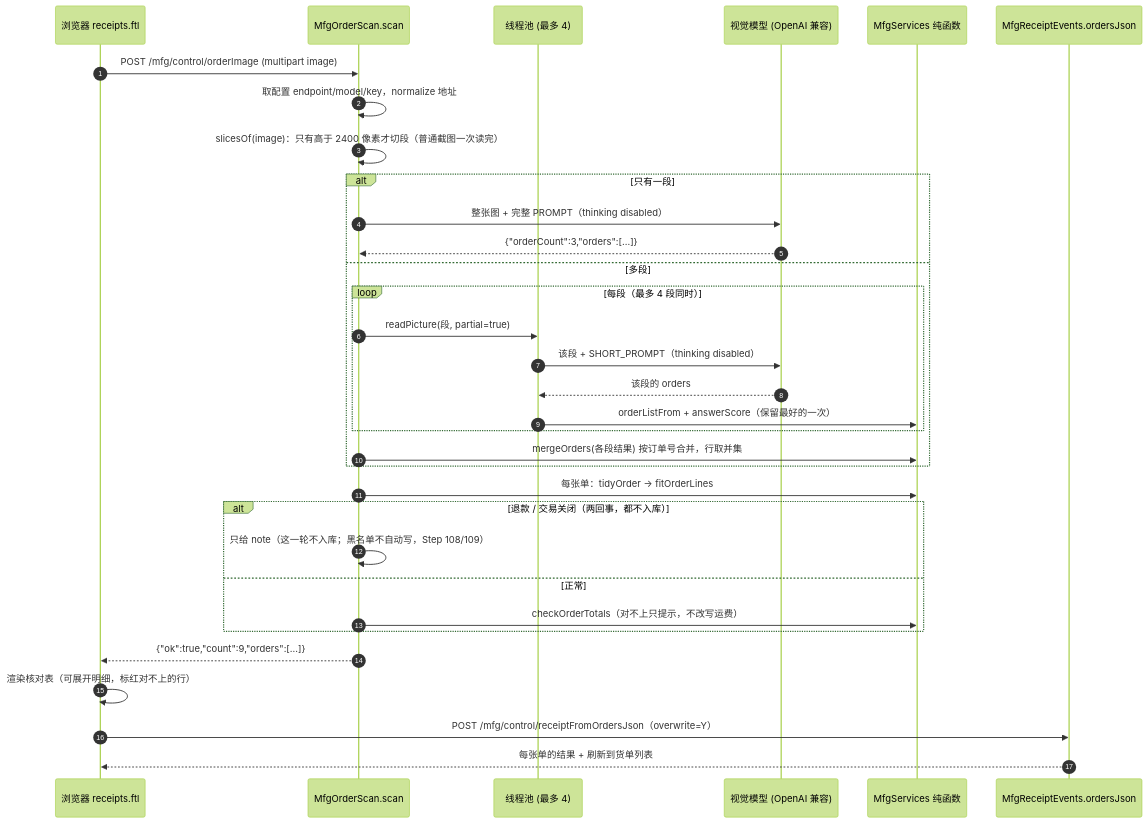
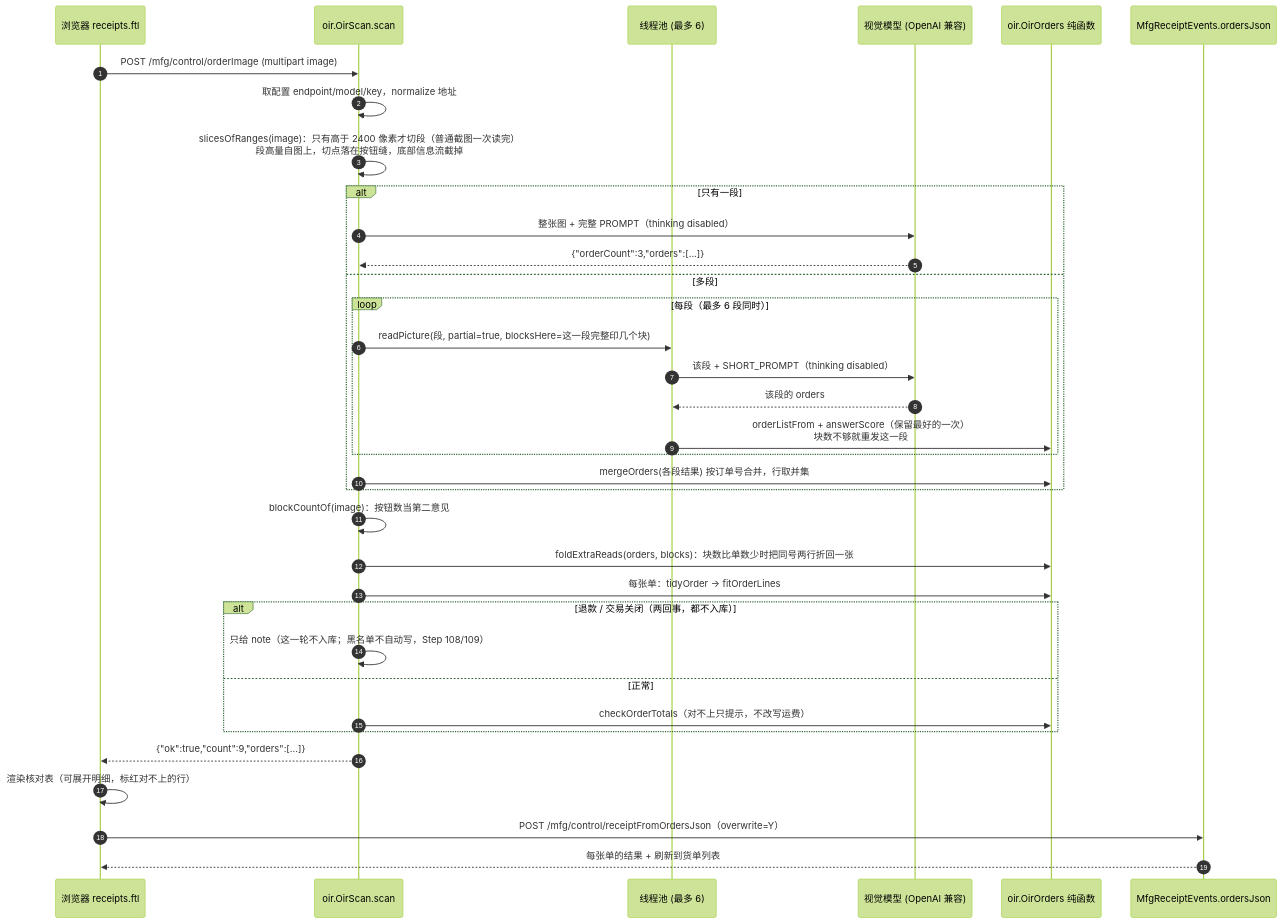
The first of 3 diagrams in langhua-ofbiz-mfg/docs/识图设计.md (shijh/langhua), drawn with Mermaid (forest theme) before and after one commit. The commit also changed other lines of this file and 3 other files, not shown here.

````diff
--- a/langhua-ofbiz-mfg/docs/识图设计.md
+++ b/langhua-ofbiz-mfg/docs/识图设计.md
@@ -79,36 +89,38 @@
 ```mermaid
 sequenceDiagram
     autonumber
     participant B as 浏览器 receipts.ftl
-    participant E as MfgOrderScan.scan
-    participant P as 线程池 (最多 4)
+    participant E as oir.OirScan.scan
+    participant P as 线程池 (最多 6)
     participant V as 视觉模型 (OpenAI 兼容)
-    participant S as MfgServices 纯函数
+    participant S as oir.OirOrders 纯函数
     participant I as MfgReceiptEvents.ordersJson
 
     B->>E: POST /mfg/control/orderImage (multipart image)
     E->>E: 取配置 endpoint/model/key，normalize 地址
-    E->>E: slicesOf(image)：只有高于 2400 像素才切段（普通截图一次读完）
+    E->>E: slicesOfRanges(image)：只有高于 2400 像素才切段（普通截图一次读完）<br/>段高量自图上，切点落在按钮缝，底部信息流截掉
     alt 只有一段
         E->>V: 整张图 + 完整 PROMPT（thinking disabled）
         V-->>E: {"orderCount":3,"orders":[...]}
     else 多段
-        loop 每段（最多 4 段同时）
-            E->>P: readPicture(段, partial=true)
+        loop 每段（最多 6 段同时）
+            E->>P: readPicture(段, partial=true, blocksHere=这一段完整印几个块)
             P->>V: 该段 + SHORT_PROMPT（thinking disabled）
             V-->>P: 该段的 orders
-            P->>S: orderListFrom + answerScore（保留最好的一次）
+            P->>S: orderListFrom + answerScore（保留最好的一次）<br/>块数不够就重发这一段
         end
         E->>S: mergeOrders(各段结果) 按订单号合并，行取并集
     end
+    E->>E: blockCountOf(image)：按钮数当第二意见
+    E->>S: foldExtraReads(orders, blocks)：块数比单数少时把同号两行折回一张
     E->>S: 每张单：tidyOrder → fitOrderLines
     alt 退款 / 交易关闭（两回事，都不入库）
         E->>E: 只给 note（这一轮不入库；黑名单不自动写，Step 108/109）
     else 正常
         E->>S: checkOrderTotals（对不上只提示，不改写运费）
     end
     E-->>B: {"ok":true,"count":9,"orders":[...]}
     B->>B: 渲染核对表（可展开明细，标红对不上的行）
     B->>I: POST /mfg/control/receiptFromOrdersJson（overwrite=Y）
     I-->>B: 每张单的结果 + 刷新到货单列表
 ```
````
